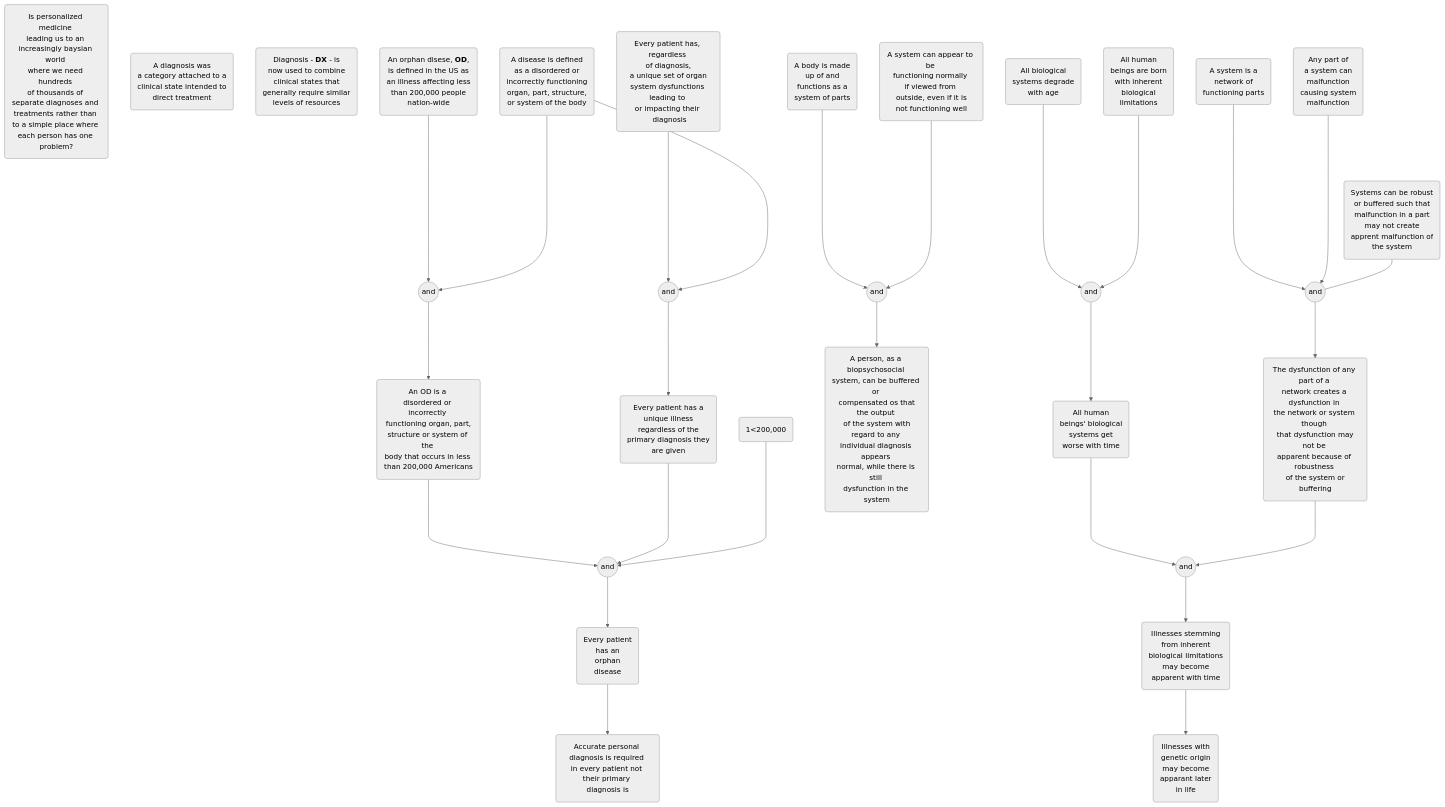
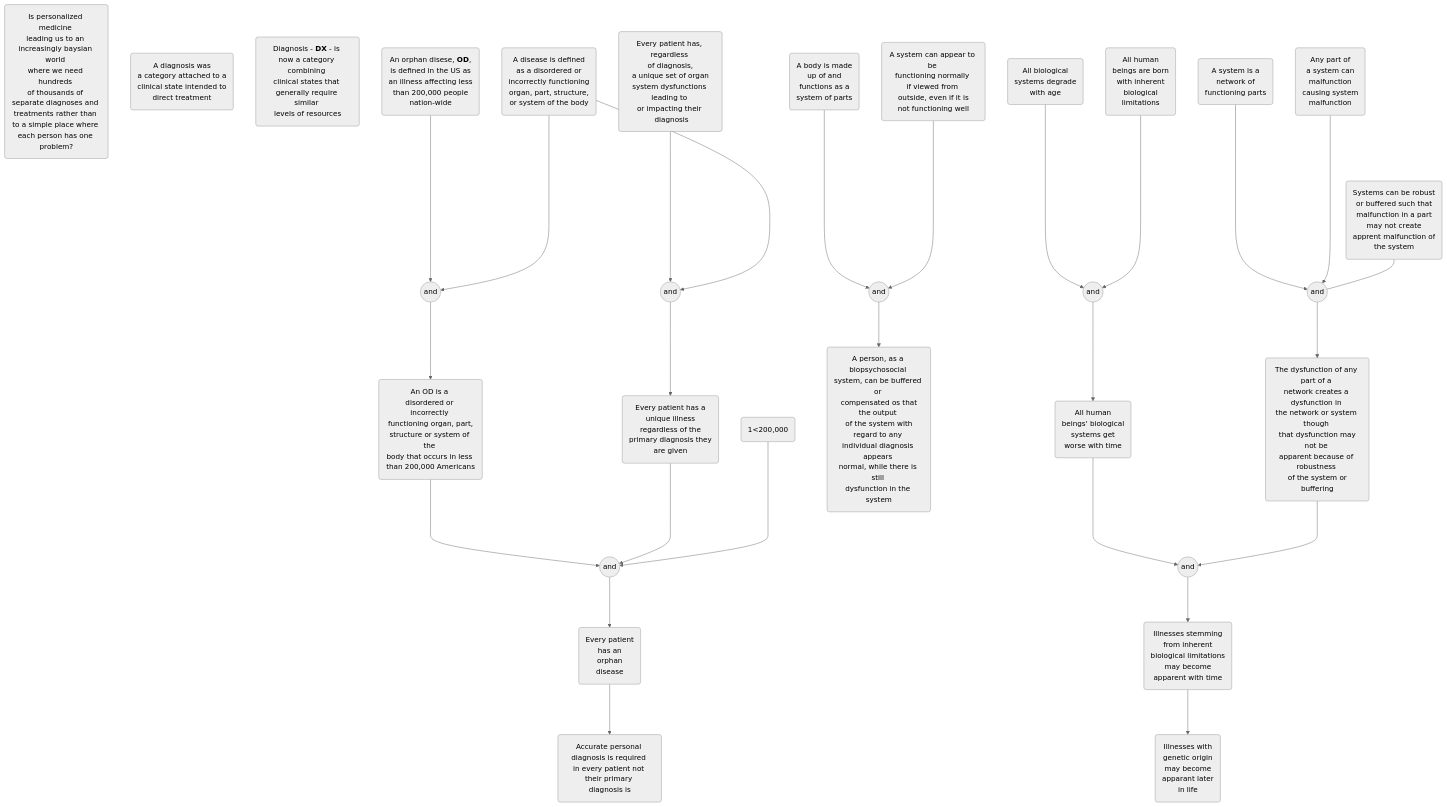
Before and after one commit to hwetsman/TOC_Trees: the diagram in Orphan_Diseases.md, drawn with Mermaid (neutral theme).

Commit message:
Refactor: restate DX

````diff
--- a/Orphan_Diseases.md
+++ b/Orphan_Diseases.md
@@ -3,67 +3,67 @@
 ```mermaid
 flowchart TD
 proposition(Is personalized medicine <br>leading us to an <br>increasingly baysian world <br>where we need hundreds <br>of thousands of <br>separate diagnoses and <br>treatments rather than <br>to a simple place where <br>each person has one problem?)
 
 old_diagnosis(A diagnosis was <br>a category attached to a <br> clinical state intended to <br>direct treatment)
-new_diagnosis(Diagnosis - <b>DX</b> - is <br>now used to combine <br>clinical states that <br>generally require similar <br>levels of resources)
+new_diagnosis(Diagnosis - <b>DX</b> - is <br>now a category combining <br>clinical states that <br>generally require similar <br>levels of resources)
 
 orphan(An orphan disese, <b>OD</b>, <br>is defined in the US as <br>an illness affecting less <br>than 200,000 people <br> nation-wide)
 disease(A disease is defined <br>as a disordered or <br>incorrectly functioning <br>organ, part, structure, <br>or system of the body)
 and1((and))
     orphan--->and1
     disease--->and1
 every_pt(Every patient has, regardless <br> of diagnosis, <br> a unique set of organ <br>system dysfunctions leading to <br>or impacting their <br> diagnosis)
     and2((and))
         every_pt--->and2
         disease--->and2
 OD_def(An OD is a <br>disordered or incorrectly <br> functioning organ, part, <br>structure or system of the <br>body that occurs in less <br>than 200,000 Americans)
     and1--->OD_def
 every_pt2(Every patient has a <br>unique illness <br>regardless of the <br> primary diagnosis they <br>are given)
     and2--->every_pt2
 logic(1<200,000)
 and3((and))
     OD_def--->and3
     every_pt2--->and3
     logic--->and3
 every_pt3(Every patient <br>has an <br>orphan <br>disease)
     and3--->every_pt3
 accurate(Accurate personal <br>diagnosis is required <br>in every patient not <brmatter how common <br>their primary <br>diagnosis is)
     every_pt3--->accurate
 
 body(A body is made <br>up of and <br>functions as a <br>system of parts)
 systems(A system can appear to be <br>functioning normally <br>if viewed from <br> outside, even if it is <br>not functioning well)
 and4((and))
     body--->and4
     systems--->and4
 persons(A person, as a biopsychosocial <br>system, can be buffered or <br> compensated os that the output <br> of the system with regard to any <br>individual diagnosis appears <br>normal, while there is still <br>dysfunction in the system)
     and4--->persons
 
 system(A system is a <br>network of <br>functioning parts)
 any_system(Any part of <br>a system can <br>malfunction <br> causing system <br>malfunction)
 buffered(Systems can be robust <br>or buffered such that <br>malfunction in a part <br>may not create <br>apprent malfunction of <br>the system)
 and5((and))
     system--->and5
     any_system--->and5
     buffered---and5
         dysfunction(The dysfunction of any part of a <br>network creates a dysfunction in <br>the network or system though <br> that dysfunction may not be <br>apparent because of robustness <br> of the system or buffering)
         and5--->dysfunction
 
 age(All biological <br>systems degrade <br>with age)
 limits(All human <br>beings are born <br>with inherent <br>biological <br>limitations)
 and6((and))
     age--->and6
     limits--->and6
 time(All human <br>beings' biological <br>systems get <br>worse with time)
     and6--->time
         and7((and))
         time--->and7
         dysfunction--->and7
             tardive(Illnesses stemming <br>from inherent <br>biological limitations <br>may become <br>apparent with time)
                 and7--->tardive
                 genetic(Illnesses with <br>genetic origin <br>may become <br>apparant later <br>in life)
                     tardive--->genetic
 
     
 
 
 ```
````
